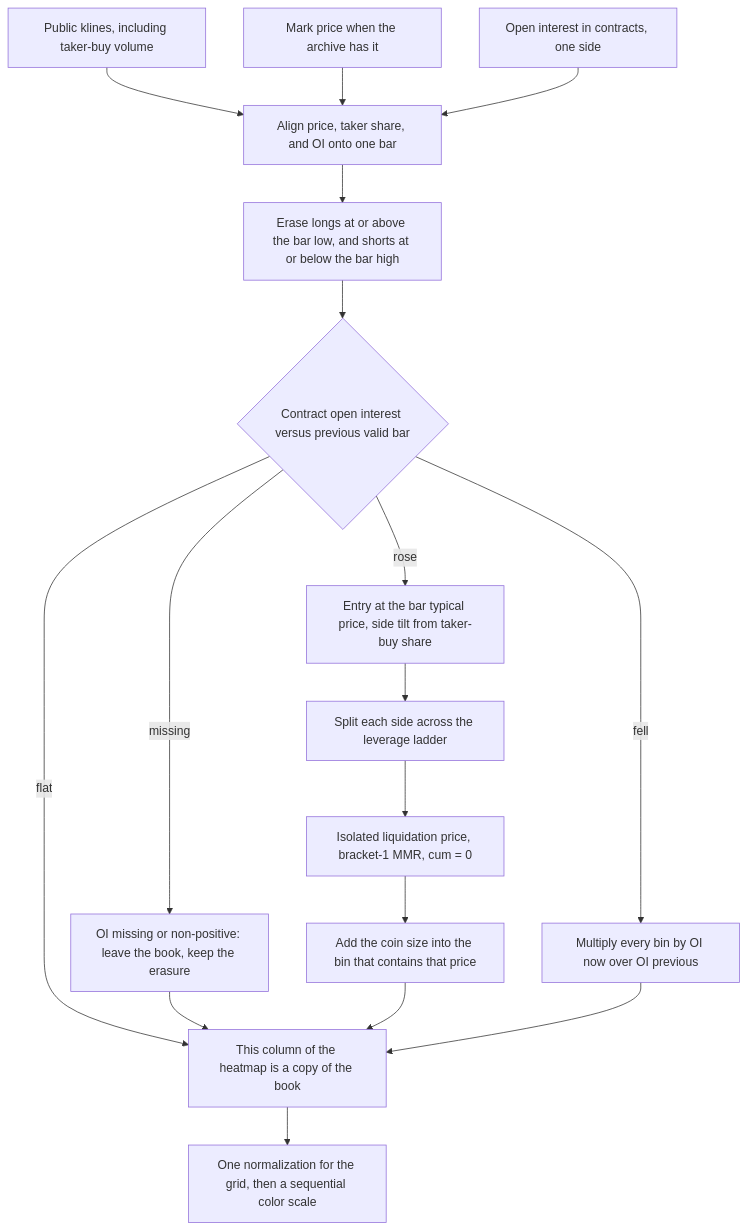
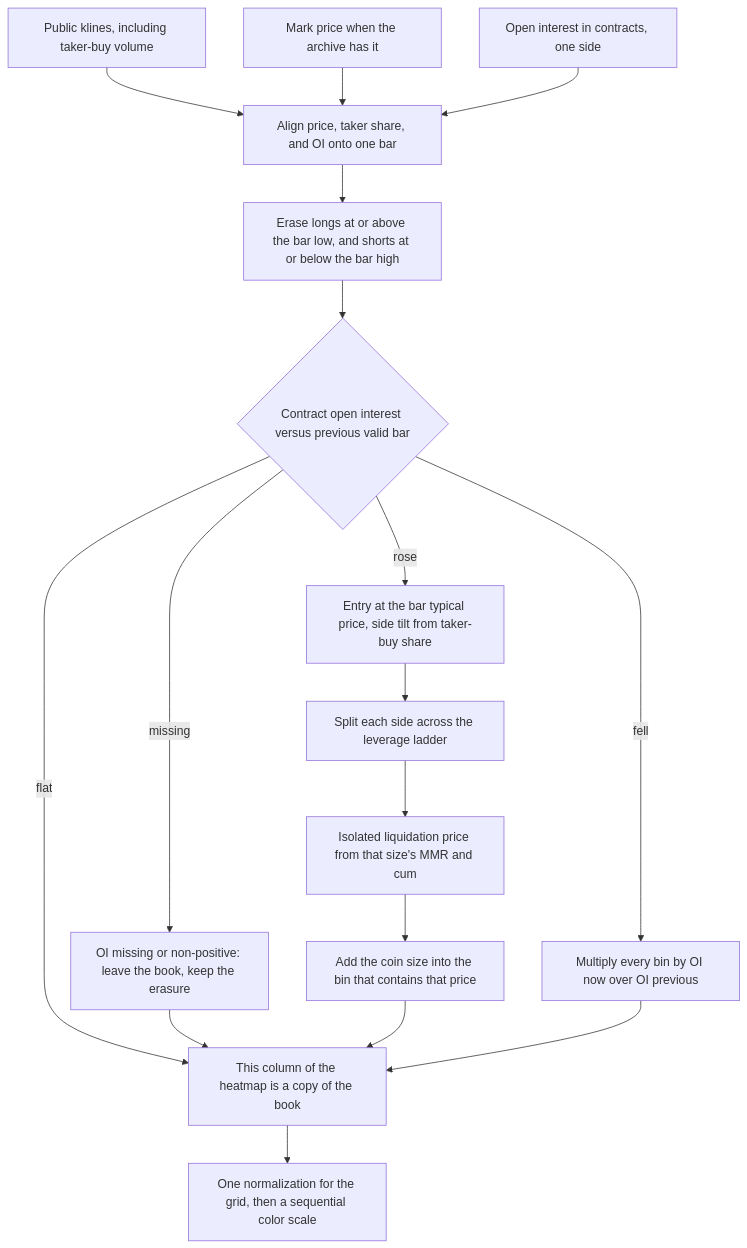
Before and after one commit to Robertzu43/open-liquidation-heatmap: the diagram in docs/HOW_IT_WORKS.md, drawn with Mermaid. The commit also changed other lines of this file and 1 other file, not shown here.

````diff
--- a/docs/HOW_IT_WORKS.md
+++ b/docs/HOW_IT_WORKS.md
@@ -131,31 +135,31 @@
 ```mermaid
 flowchart TD
   klines[Public klines, including taker-buy volume]
   mark[Mark price when the archive has it]
   oi[Open interest in contracts, one side]
   align[Align price, taker share, and OI onto one bar]
   sweep[Erase longs at or above the bar low, and shorts at or below the bar high]
   delta{Contract open interest versus previous valid bar}
   missing[OI missing or non-positive: leave the book, keep the erasure]
   entry[Entry at the bar typical price, side tilt from taker-buy share]
   ladder[Split each side across the leverage ladder]
-  place[Isolated liquidation price, bracket-1 MMR, cum = 0]
+  place[Isolated liquidation price from that size's MMR and cum]
   add[Add the coin size into the bin that contains that price]
   shrink[Multiply every bin by OI now over OI previous]
   snap[This column of the heatmap is a copy of the book]
   color[One normalization for the grid, then a sequential color scale]
 
   klines --> align
   mark --> align
   oi --> align
   align --> sweep
   sweep --> delta
   delta -->|missing| missing
   delta -->|rose| entry
   delta -->|fell| shrink
   delta -->|flat| snap
   missing --> snap
   entry --> ladder --> place --> add --> snap
   shrink --> snap
   snap --> color
 ```
````
